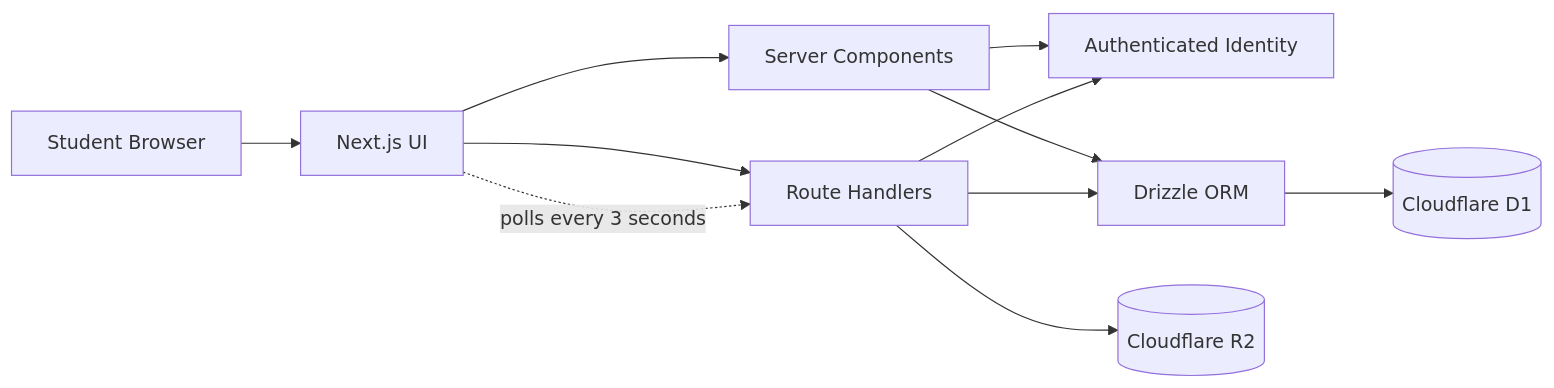
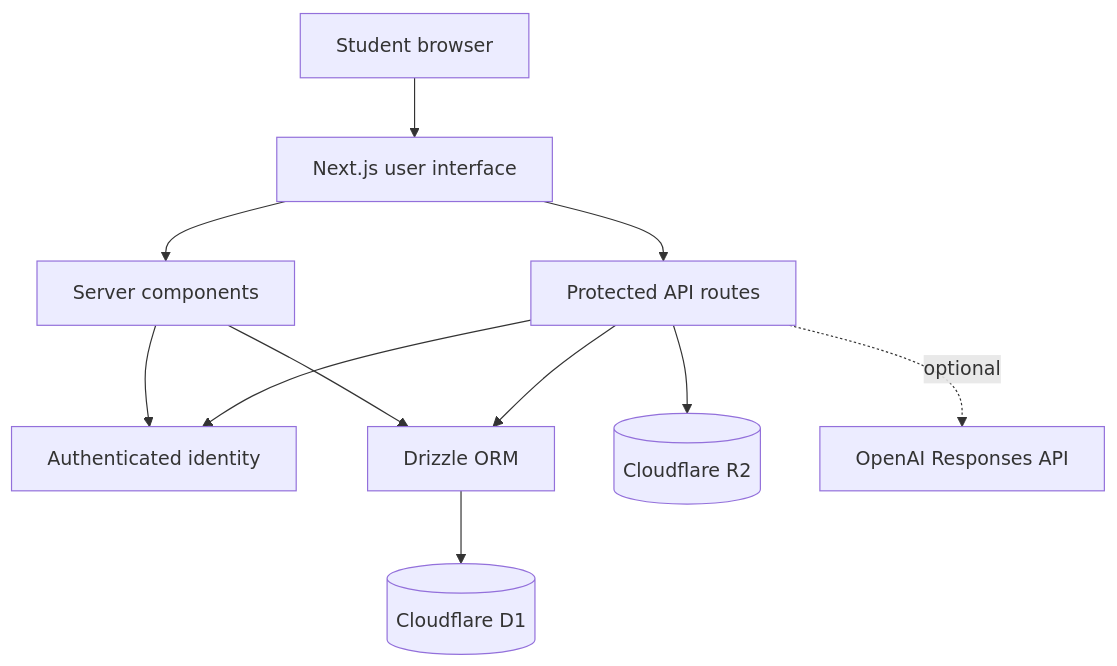
Before and after one commit to Dinesh10981/CampusKart: the second of 3 diagrams in README.md, drawn with Mermaid. The commit also changed other lines of this file, not shown here.

````diff
--- a/README.md
+++ b/README.md
@@ -123,13 +125,23 @@
 ```mermaid
-flowchart LR
-    U[Student Browser] --> UI[Next.js UI]
-    UI --> SC[Server Components]
-    UI --> API[Route Handlers]
-    SC --> AUTH[Authenticated Identity]
+flowchart TB
+    USER[Student browser]
+    UI[Next.js user interface]
+    SC[Server components]
+    API[Protected API routes]
+    AUTH[Authenticated identity]
+    ORM[Drizzle ORM]
+    D1[(Cloudflare D1)]
+    R2[(Cloudflare R2)]
+    AI[OpenAI Responses API]
+
+    USER --> UI
+    UI --> SC
+    UI --> API
+    SC --> AUTH
     API --> AUTH
-    SC --> ORM[Drizzle ORM]
+    SC --> ORM
     API --> ORM
-    ORM --> D1[(Cloudflare D1)]
-    API --> R2[(Cloudflare R2)]
-    UI -. polls every 3 seconds .-> API
+    ORM --> D1
+    API --> R2
+    API -. optional .-> AI
 ```
````
